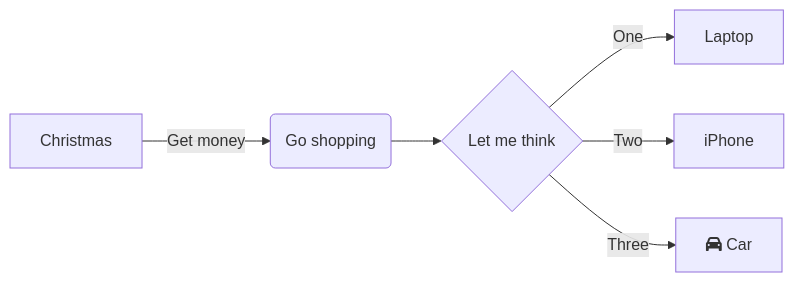
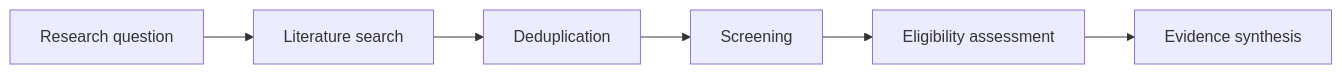
Before and after one commit to fs-ise/quarto-template-presentation: the diagram in template.qmd, drawn with Mermaid. The commit also changed other lines of this file and 8 other files, not shown here.

````diff
--- a/template.qmd
+++ b/template.qmd
@@ -85,8 +85,8 @@
 ```{mermaid}
 flowchart LR
-    A[Christmas] -->|Get money| B(Go shopping)
-    B --> C{Let me think}
-    C -->|One| D[Laptop]
-    C -->|Two| E[iPhone]
-    C -->|Three| F[fa:fa-car Car]
+    A[Research question] --> B[Literature search]
+    B --> C[Deduplication]
+    C --> D[Screening]
+    D --> E[Eligibility assessment]
+    E --> F[Evidence synthesis]
 ```
````
